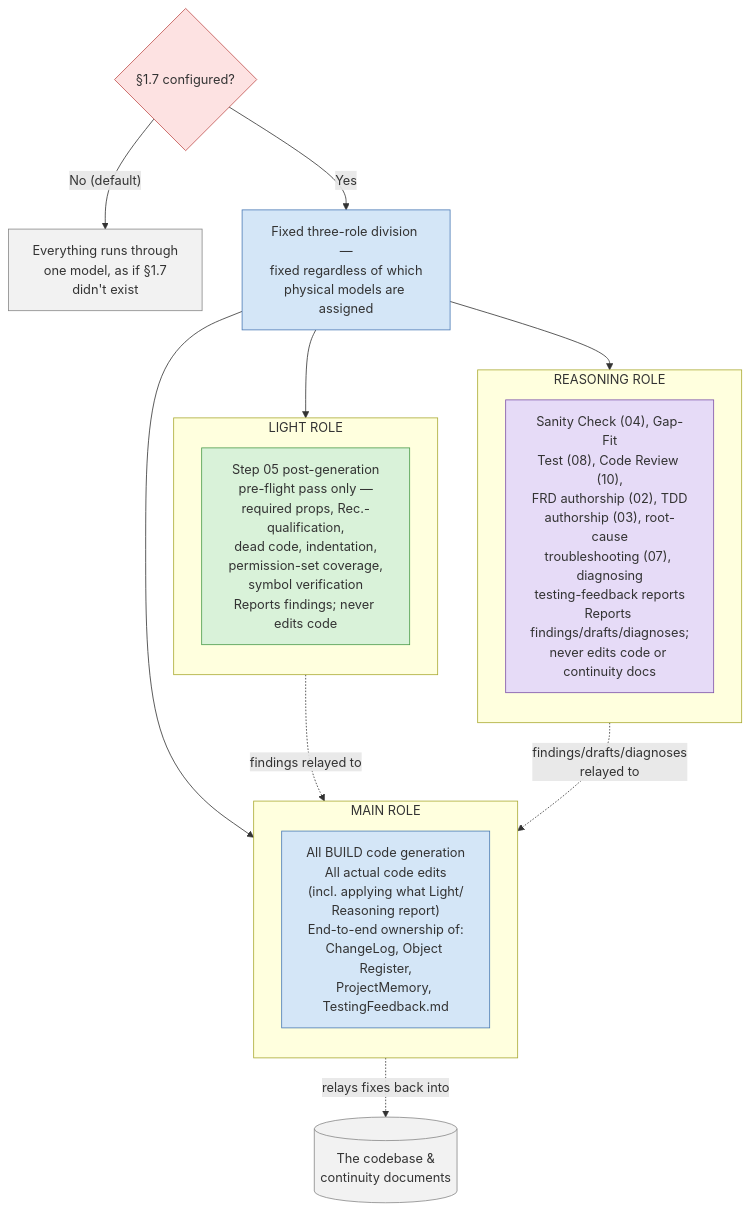
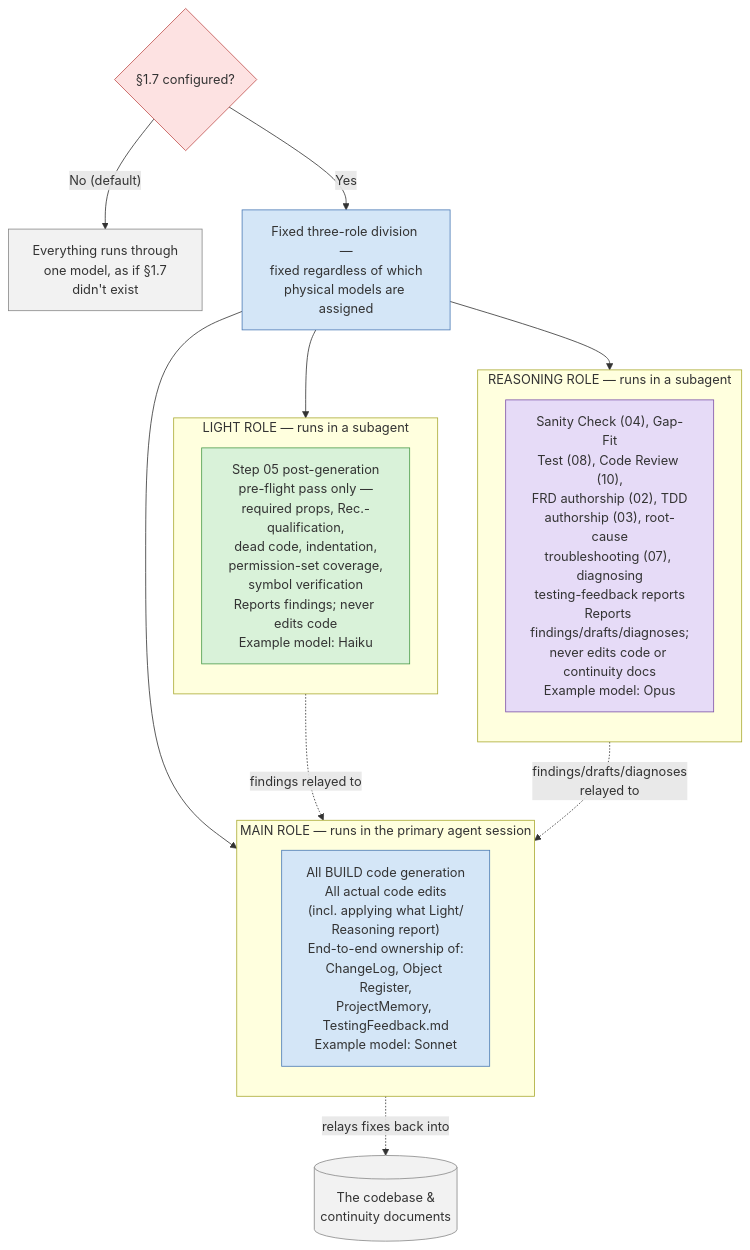
One commit to ajansari/ocpfBcAgenticDevFramework changed the eighth of 8 diagrams in RunbookSchematics.md. Above: the diagram before and after it, drawn with Mermaid. The commit also changed other lines of this file and 2 other files, not shown here.

````diff
--- a/RunbookSchematics.md
+++ b/RunbookSchematics.md
@@ -364,42 +364,42 @@
 ```mermaid
 flowchart TD
     Config{"§1.7 configured?"}
     Config -- "No (default)" --> OneModel["Everything runs through<br/>one model, as if §1.7<br/>didn't exist"]
     Config -- "Yes" --> ThreeRoles["Fixed three-role division —<br/>fixed regardless of which<br/>physical models are assigned"]
 
     ThreeRoles --> Main
     ThreeRoles --> Light
     ThreeRoles --> Reasoning
 
-    subgraph Main["MAIN ROLE"]
+    subgraph Main["MAIN ROLE — runs in the primary agent session"]
         direction TB
-        MainWork["All BUILD code generation<br/>All actual code edits<br/>(incl. applying what Light/<br/>Reasoning report)<br/>End-to-end ownership of:<br/>ChangeLog, Object Register,<br/>ProjectMemory, TestingFeedback.md"]
+        MainWork["All BUILD code generation<br/>All actual code edits<br/>(incl. applying what Light/<br/>Reasoning report)<br/>End-to-end ownership of:<br/>ChangeLog, Object Register,<br/>ProjectMemory, TestingFeedback.md<br/>Example model: Sonnet"]
     end
 
-    subgraph Light["LIGHT ROLE"]
+    subgraph Light["LIGHT ROLE — runs in a subagent"]
         direction TB
-        LightWork["Step 05 post-generation<br/>pre-flight pass only —<br/>required props, Rec.-qualification,<br/>dead code, indentation,<br/>permission-set coverage,<br/>symbol verification<br/>Reports findings; never edits code"]
+        LightWork["Step 05 post-generation<br/>pre-flight pass only —<br/>required props, Rec.-qualification,<br/>dead code, indentation,<br/>permission-set coverage,<br/>symbol verification<br/>Reports findings; never edits code<br/>Example model: Haiku"]
     end
 
-    subgraph Reasoning["REASONING ROLE"]
+    subgraph Reasoning["REASONING ROLE — runs in a subagent"]
         direction TB
-        ReasonWork["Sanity Check (04), Gap-Fit<br/>Test (08), Code Review (10),<br/>FRD authorship (02), TDD<br/>authorship (03), root-cause<br/>troubleshooting (07), diagnosing<br/>testing-feedback reports<br/>Reports findings/drafts/diagnoses;<br/>never edits code or continuity docs"]
+        ReasonWork["Sanity Check (04), Gap-Fit<br/>Test (08), Code Review (10),<br/>FRD authorship (02), TDD<br/>authorship (03), root-cause<br/>troubleshooting (07), diagnosing<br/>testing-feedback reports<br/>Reports findings/drafts/diagnoses;<br/>never edits code or continuity docs<br/>Example model: Opus"]
     end
 
     Main -.->|"relays fixes back into"| Codebase[("The codebase &<br/>continuity documents")]
     Light -.->|"findings relayed to"| Main
     Reasoning -.->|"findings/drafts/diagnoses<br/>relayed to"| Main
 
     classDef decision fill:#fde2e2,stroke:#c0504d,stroke-width:1px;
     classDef main fill:#d4e6f7,stroke:#4a7ab5,stroke-width:1px;
     classDef light fill:#d9f2d9,stroke:#4a9b4a,stroke-width:1px;
     classDef reasoning fill:#e6dbf7,stroke:#7d52a8,stroke-width:1px;
     classDef store fill:#f2f2f2,stroke:#888,stroke-width:1px;
     class Config decision;
     class OneModel store;
     class ThreeRoles main;
     class MainWork main;
     class LightWork light;
     class ReasonWork reasoning;
     class Codebase store;
 ```
````
